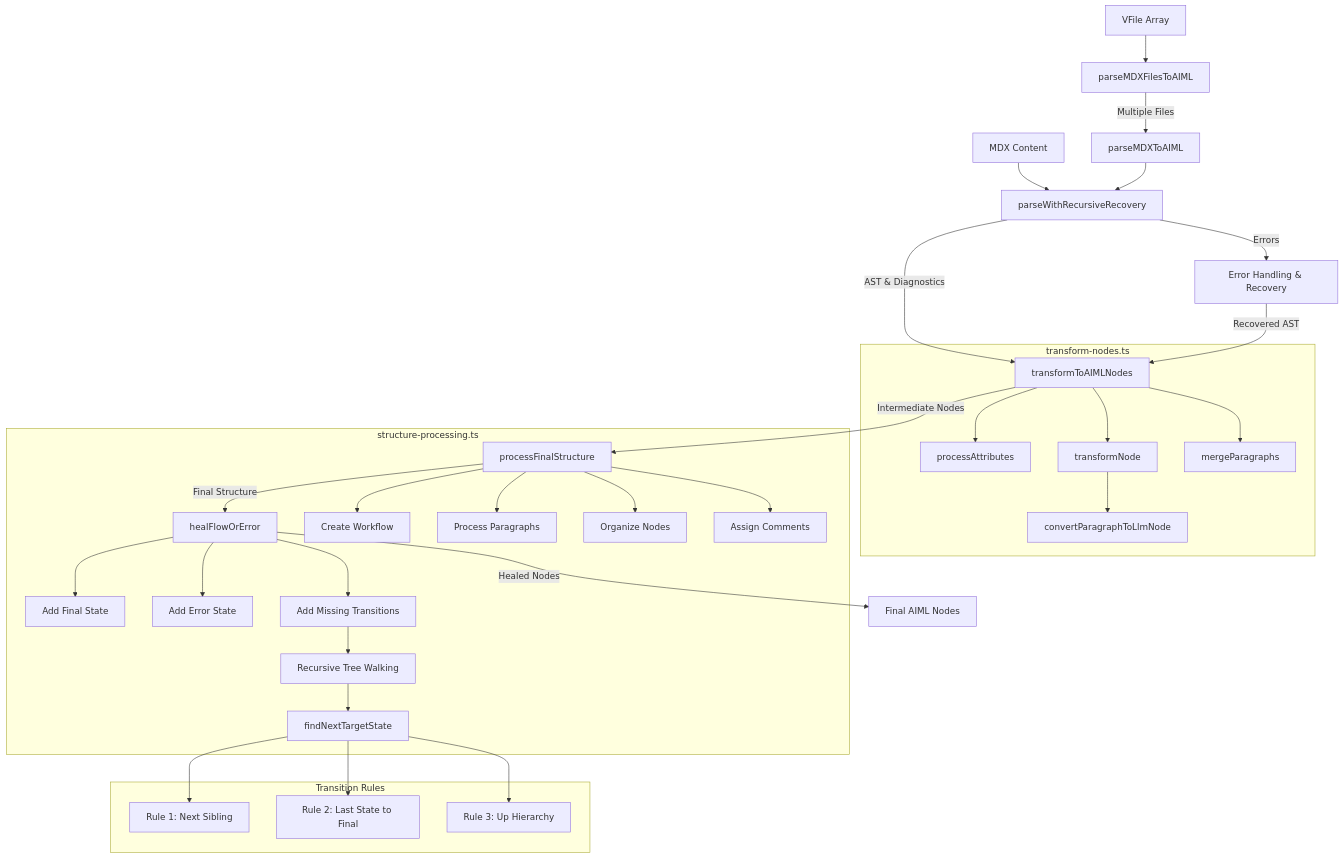
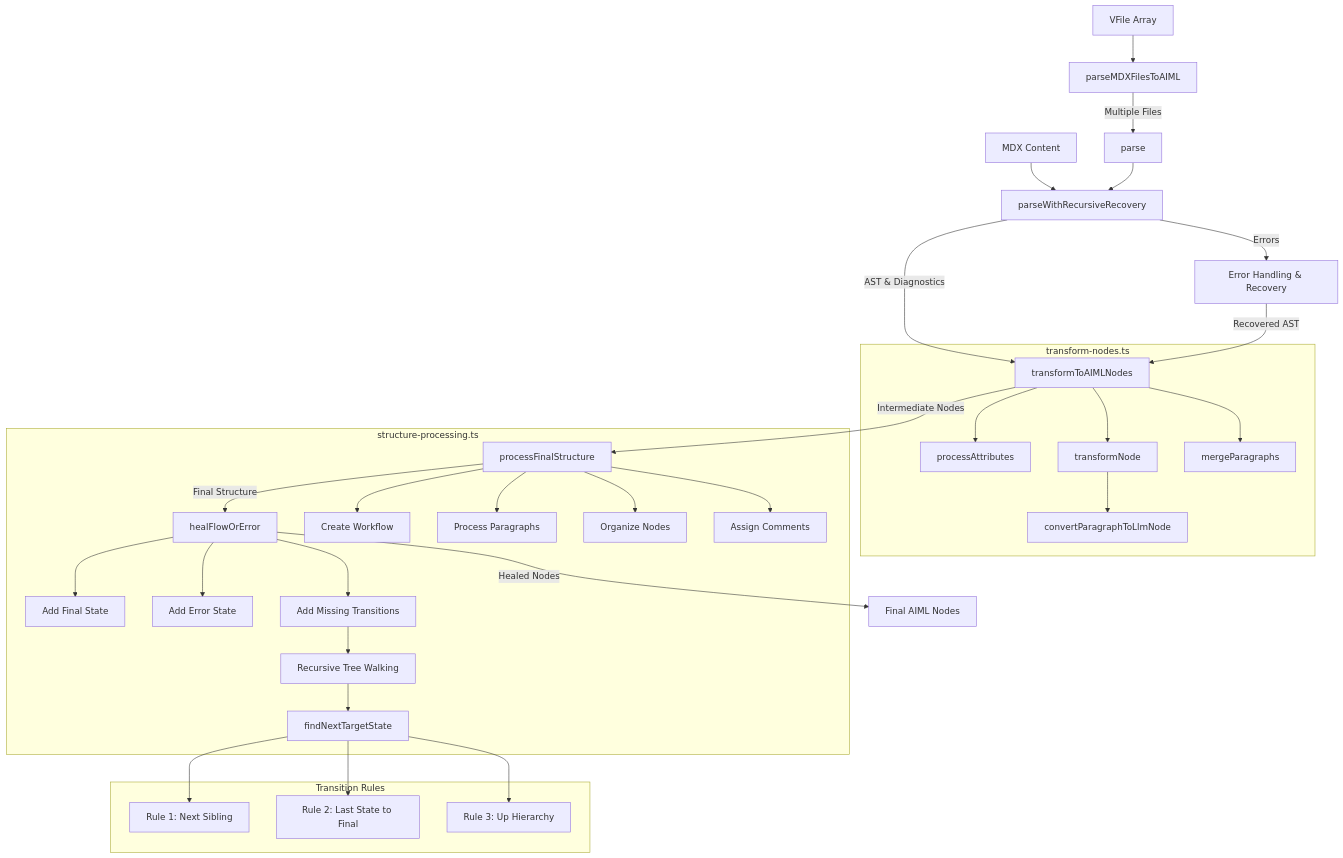
One commit to fw-ai-external/aiml changed the diagram in packages/parser/README.md. Above: the diagram before and after it, drawn with Mermaid. The commit also changed other lines of this file and 22 other files, not shown here.

````diff
--- a/packages/parser/README.md
+++ b/packages/parser/README.md
@@ -60,39 +60,39 @@
 ```mermaid
 flowchart TD
     A[MDX Content] --> B[parseWithRecursiveRecovery]
     B --> |AST & Diagnostics| C[transformToAIMLNodes]
     B --> |Errors| D[Error Handling & Recovery]
     D --> |Recovered AST| C
     C --> |Intermediate Nodes| E[processFinalStructure]
     E --> |Final Structure| F[healFlowOrError]
     F --> |Healed Nodes| G[Final AIML Nodes]
     H[VFile Array] --> I[parseMDXFilesToAIML]
-    I --> |Multiple Files| J[parseMDXToAIML]
+    I --> |Multiple Files| J[parse]
     J --> B
 
     subgraph "transform-nodes.ts"
     C --> C1[processAttributes]
     C --> C2[transformNode]
     C --> C3[mergeParagraphs]
     C2 --> C4[convertParagraphToLlmNode]
     end
 
     subgraph "structure-processing.ts"
     E --> E1[Create Workflow]
     E --> E2[Process Paragraphs]
     E --> E3[Organize Nodes]
     E --> E4[Assign Comments]
 
     F --> F1[Add Final State]
     F --> F2[Add Error State]
     F --> F3[Add Missing Transitions]
     F3 --> F4[Recursive Tree Walking]
     F4 --> F5[findNextTargetState]
     end
 
     subgraph "Transition Rules"
     F5 --> R1[Rule 1: Next Sibling]
     F5 --> R2[Rule 2: Last State to Final]
     F5 --> R3[Rule 3: Up Hierarchy]
     end
 ```
````
